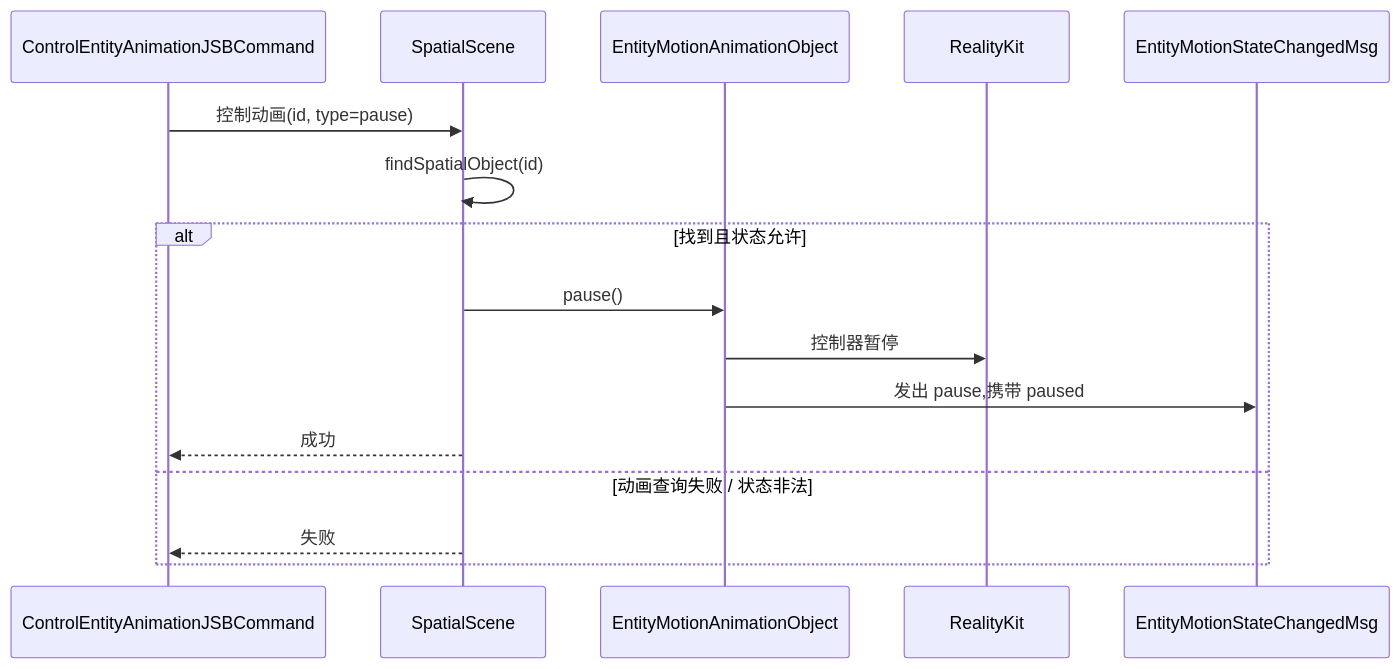
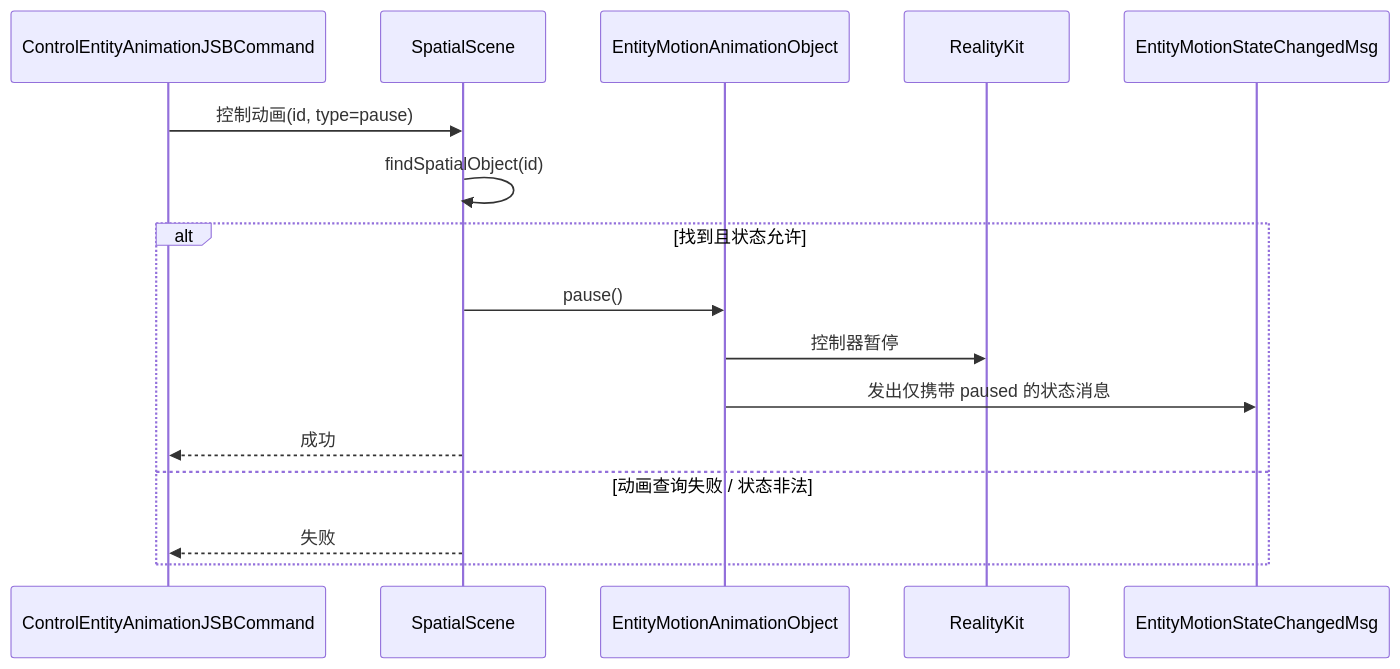
Before and after one commit to webspatial/webspatial-sdk: diagram 12 of 14 in openspec/changes/redesign-entity-motion-api/design.zh.md, drawn with Mermaid. The commit also changed other lines of this file and 5 other files, not shown here.

````diff
--- a/openspec/changes/redesign-entity-motion-api/design.zh.md
+++ b/openspec/changes/redesign-entity-motion-api/design.zh.md
@@ -1279,19 +1281,19 @@
 ```mermaid
 sequenceDiagram
     participant JSB as ControlEntityAnimationJSBCommand
     participant Scene as SpatialScene
     participant Obj as EntityMotionAnimationObject
     participant RK as RealityKit
     participant Event as EntityMotionStateChangedMsg
 
     JSB->>Scene: 控制动画(id, type=pause)
     Scene->>Scene: findSpatialObject(id)
     alt 找到且状态允许
         Scene->>Obj: pause()
         Obj->>RK: 控制器暂停
-        Obj->>Event: 发出 pause,携带 paused
+        Obj->>Event: 发出仅携带 paused 的状态消息
         Scene-->>JSB: 成功
     else 动画查询失败 / 状态非法
         Scene-->>JSB: 失败
     end
 ```
````
